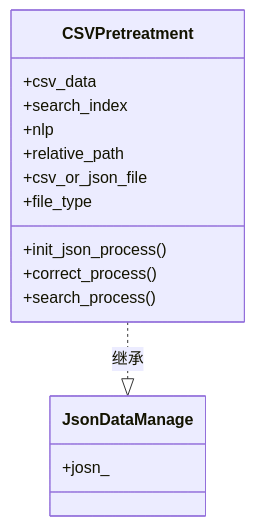
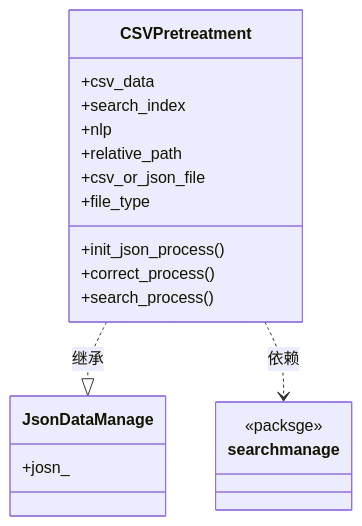
One commit to A-BigTree/searchmanage_Wiki changed the diagram in pretreatment.md. Above: the diagram before and after it, drawn with Mermaid. The commit also changed other lines of this file and 1 other file, not shown here.

````diff
--- a/pretreatment.md
+++ b/pretreatment.md
@@ -10,22 +10,28 @@
 ```mermaid
 classDiagram
 
 CSVPretreatment..|>JsonDataManage:继承
+CSVPretreatment..>searchmanage:依赖
+
 
 class JsonDataManage{
 +josn_
+}
+
+class searchmanage{
+<<packsge>>
 }
 
 class CSVPretreatment{
 +csv_data
 +search_index
 +nlp
 +relative_path
 +csv_or_json_file
 +file_type
 
 +init_json_process()
 +correct_process()
 +search_process()
 }
 ```
````
